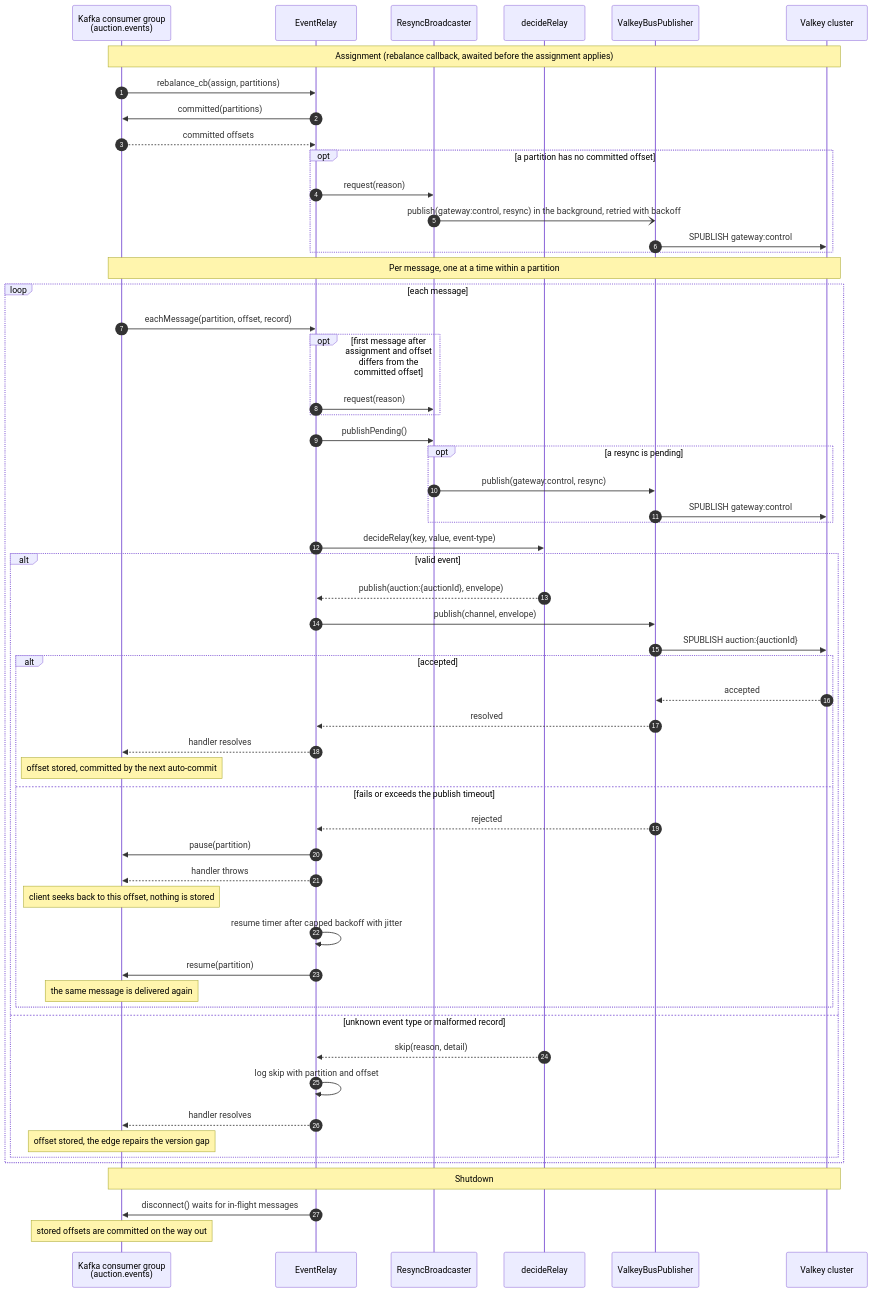
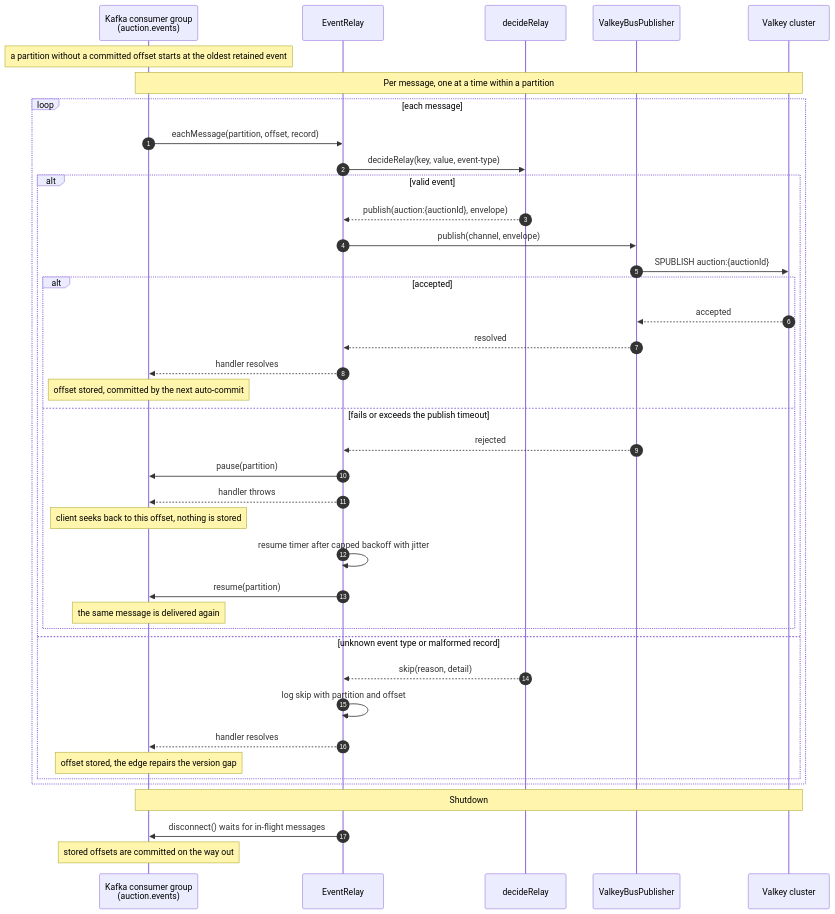
Before and after one commit to GeorgeCPO/AuctionBonanza: the diagram in docs/REALTIME_GATEWAY.md, drawn with Mermaid. The commit also changed other lines of this file and 7 other files, not shown here.

First line of the commit message:
Start new relay groups at the earliest offset and drop the resync broadcast

````diff
--- a/docs/REALTIME_GATEWAY.md
+++ b/docs/REALTIME_GATEWAY.md
@@ -177,62 +176,44 @@
 ```mermaid
 sequenceDiagram
     autonumber
     participant K as Kafka consumer group<br/>(auction.events)
     participant R as EventRelay
-    participant S as ResyncBroadcaster
     participant D as decideRelay
     participant P as ValkeyBusPublisher
     participant V as Valkey cluster
 
-    Note over K,V: Assignment (rebalance callback, awaited before the assignment applies)
-    K->>R: rebalance_cb(assign, partitions)
-    R->>K: committed(partitions)
-    K-->>R: committed offsets
-    opt a partition has no committed offset
-        R->>S: request(reason)
-        S-)P: publish(gateway:control, resync) in the background, retried with backoff
-        P->>V: SPUBLISH gateway:control
-    end
-
+    Note over K: a partition without a committed offset starts at the oldest retained event
     Note over K,V: Per message, one at a time within a partition
     loop each message
         K->>R: eachMessage(partition, offset, record)
-        opt first message after assignment and offset differs from the committed offset
-            R->>S: request(reason)
-        end
-        R->>S: publishPending()
-        opt a resync is pending
-            S->>P: publish(gateway:control, resync)
-            P->>V: SPUBLISH gateway:control
-        end
         R->>D: decideRelay(key, value, event-type)
         alt valid event
             D-->>R: publish(auction:{auctionId}, envelope)
             R->>P: publish(channel, envelope)
             P->>V: SPUBLISH auction:{auctionId}
             alt accepted
                 V-->>P: accepted
                 P-->>R: resolved
                 R-->>K: handler resolves
                 Note over K: offset stored, committed by the next auto-commit
             else fails or exceeds the publish timeout
                 P-->>R: rejected
                 R->>K: pause(partition)
                 R-->>K: handler throws
                 Note over K: client seeks back to this offset, nothing is stored
                 R->>R: resume timer after capped backoff with jitter
                 R->>K: resume(partition)
                 Note over K: the same message is delivered again
             end
         else unknown event type or malformed record
             D-->>R: skip(reason, detail)
             R->>R: log skip with partition and offset
             R-->>K: handler resolves
             Note over K: offset stored, the edge repairs the version gap
         end
     end
 
     Note over K,V: Shutdown
     R->>K: disconnect() waits for in-flight messages
     Note over K: stored offsets are committed on the way out
 ```
````
